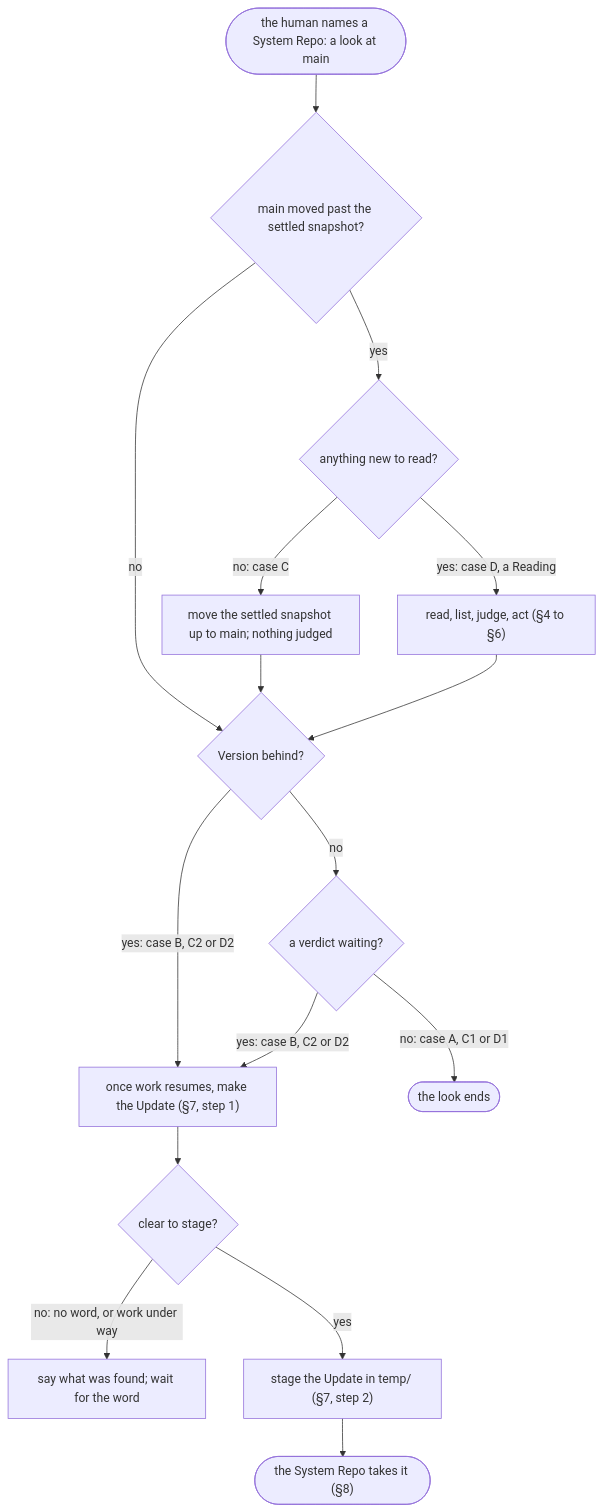
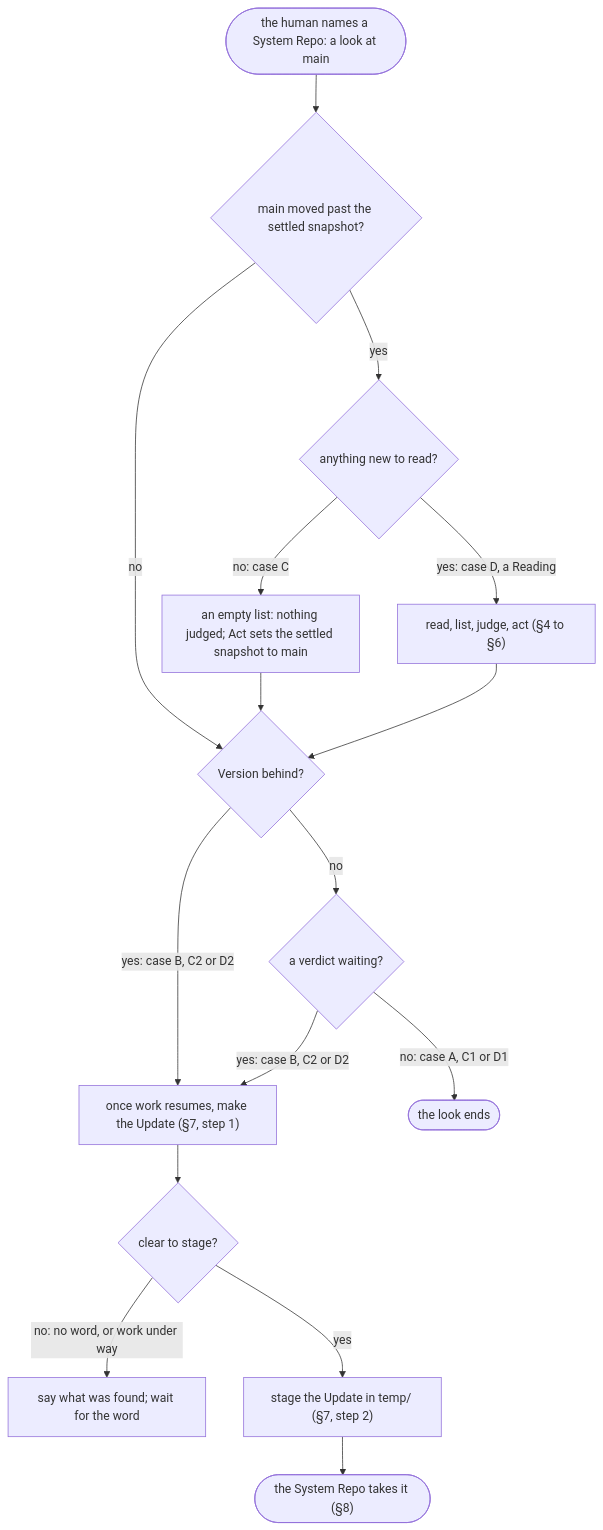
The diagram in temp/common-ground/system-repo-change-flow.md (edgaras87/correctness-by-construction), drawn with Mermaid before and after one commit. The commit also changed other lines of this file, not shown here.

````diff
--- a/temp/common-ground/system-repo-change-flow.md
+++ b/temp/common-ground/system-repo-change-flow.md
@@ -218,18 +218,18 @@
 ```mermaid
 flowchart TD
   start(["the human names a System Repo: a look at main"]) --> c1{"main moved past the settled snapshot?"}
   c1 -- yes --> c2{"anything new to read?"}
   c1 -- no --> c3
-  c2 -- "no: case C" --> C["move the settled snapshot up to main; nothing judged"]
+  c2 -- "no: case C" --> C["an empty list: nothing judged; Act sets the settled snapshot to main"]
   c2 -- "yes: case D, a Reading" --> D["read, list, judge, act (§4 to §6)"]
   C --> c3
   D --> c3{"Version behind?"}
   c3 -- "yes: case B, C2 or D2" --> make["once work resumes, make the Update (§7, step 1)"]
   c3 -- no --> v{"a verdict waiting?"}
   v -- "yes: case B, C2 or D2" --> make
   v -- "no: case A, C1 or D1" --> none(["the look ends"])
   make --> ok{"clear to stage?"}
   ok -- "no: no word, or work under way" --> wait["say what was found; wait for the word"]
   ok -- yes --> stage["stage the Update in temp/ (§7, step 2)"]
   stage --> take(["the System Repo takes it (§8)"])
 ```
````
